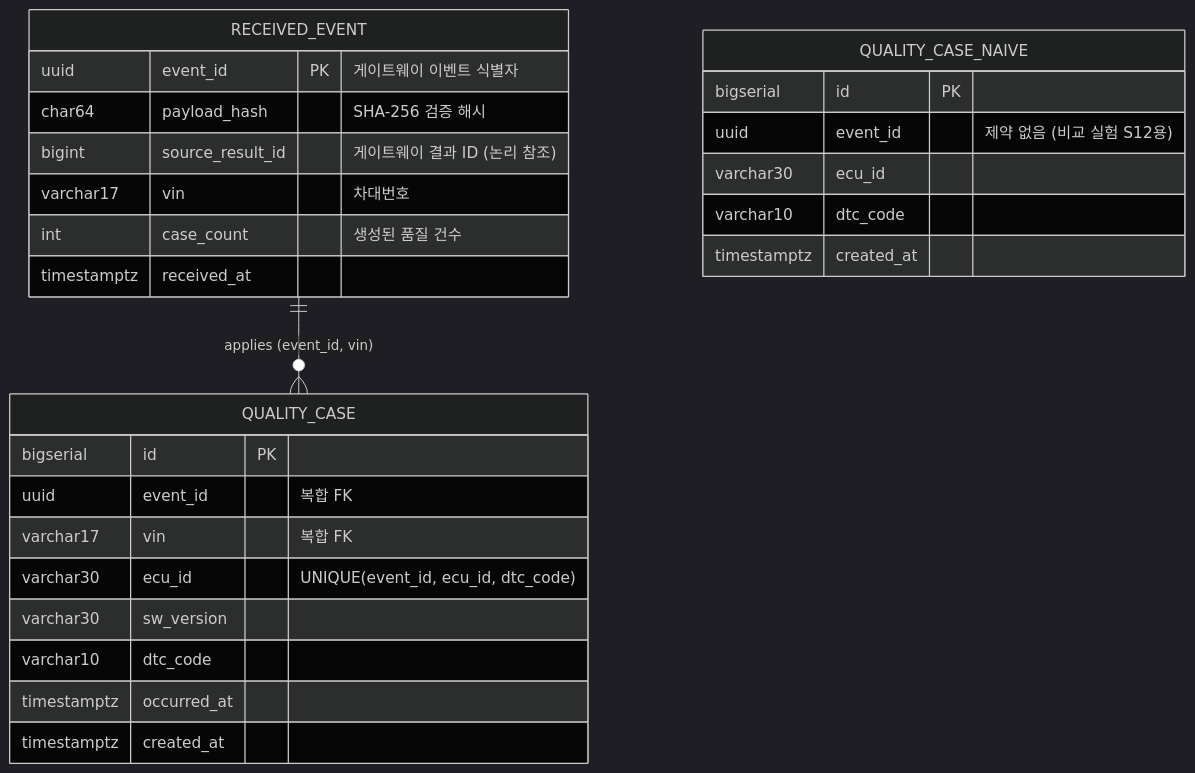
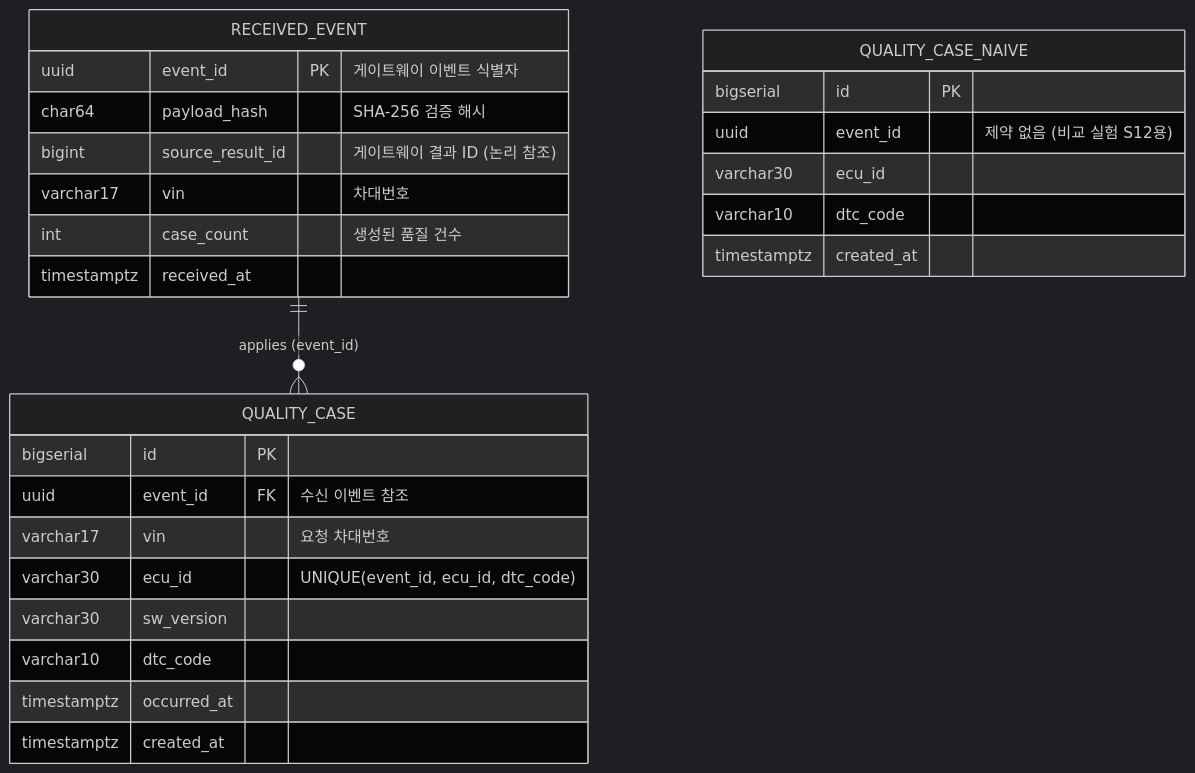
The diagram in docs/db/receiver-db.md (hpoong/vehicle-diag-gateway), drawn with Mermaid (dark theme) before and after one commit. The commit also changed other lines of this file and 62 other files, not shown here.

````diff
--- a/docs/db/receiver-db.md
+++ b/docs/db/receiver-db.md
@@ -12,29 +12,29 @@
 ```mermaid
 erDiagram
-    RECEIVED_EVENT ||--o{ QUALITY_CASE : "applies (event_id, vin)"
+    RECEIVED_EVENT ||--o{ QUALITY_CASE : "applies (event_id)"
     RECEIVED_EVENT {
         uuid event_id PK "게이트웨이 이벤트 식별자"
         char64 payload_hash "SHA-256 검증 해시"
         bigint source_result_id "게이트웨이 결과 ID (논리 참조)"
         varchar17 vin "차대번호"
         int case_count "생성된 품질 건수"
         timestamptz received_at
     }
     QUALITY_CASE {
         bigserial id PK
-        uuid event_id "복합 FK"
-        varchar17 vin "복합 FK"
+        uuid event_id FK "수신 이벤트 참조"
+        varchar17 vin "요청 차대번호"
         varchar30 ecu_id "UNIQUE(event_id, ecu_id, dtc_code)"
         varchar30 sw_version
         varchar10 dtc_code
         timestamptz occurred_at
         timestamptz created_at
     }
     QUALITY_CASE_NAIVE {
         bigserial id PK
         uuid event_id "제약 없음 (비교 실험 S12용)"
         varchar30 ecu_id
         varchar10 dtc_code
         timestamptz created_at
     }
 ```
````
